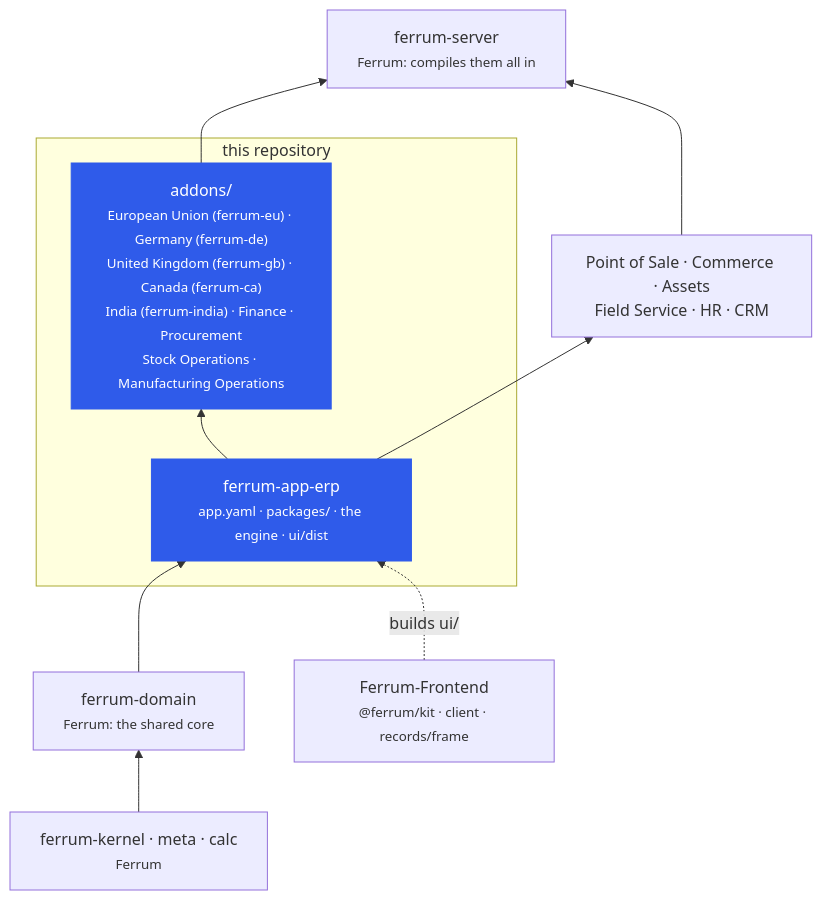
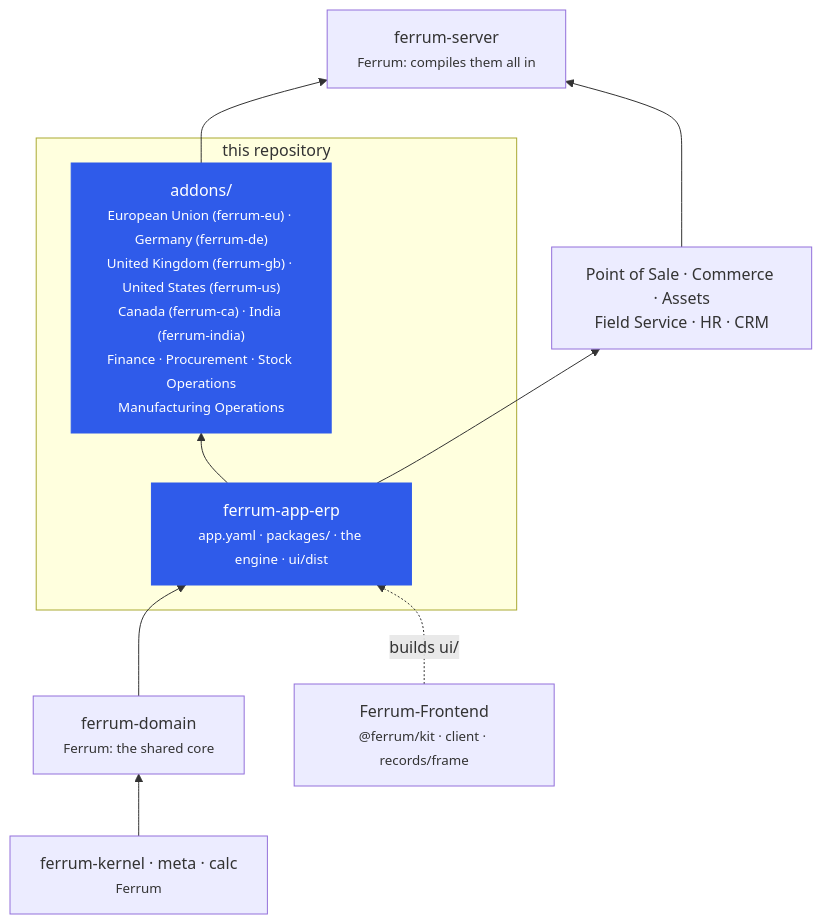
Before and after one commit to CBFerrum/ferrum-app-erp: the third of 3 diagrams in README.md, drawn with Mermaid. The commit also changed other lines of this file, not shown here.

Commit message:
README: the United States 0.1.0 (sales and use tax, exemption certificates, AvaTax, economic nexus, Forms 1099)

````diff
--- a/README.md
+++ b/README.md
@@ -184,20 +186,20 @@
 ```mermaid
 flowchart BT
     KER["ferrum-kernel · meta · calc<br/><small>Ferrum</small>"]
     CORE["ferrum-domain<br/><small>Ferrum: the shared core</small>"]
     subgraph REPO["this repository"]
         APP["ferrum-app-erp<br/><small>app.yaml · packages/ · the engine · ui/dist</small>"]
-        ADD["addons/<br/><small>European Union (ferrum-eu) · Germany (ferrum-de)<br/>United Kingdom (ferrum-gb) · Canada (ferrum-ca)<br/>India (ferrum-india) · Finance · Procurement<br/>Stock Operations · Manufacturing Operations</small>"]
+        ADD["addons/<br/><small>European Union (ferrum-eu) · Germany (ferrum-de)<br/>United Kingdom (ferrum-gb) · United States (ferrum-us)<br/>Canada (ferrum-ca) · India (ferrum-india)<br/>Finance · Procurement · Stock Operations<br/>Manufacturing Operations</small>"]
     end
     APPS["Point of Sale · Commerce · Assets<br/>Field Service · HR · CRM"]
     SRV["ferrum-server<br/><small>Ferrum: compiles them all in</small>"]
     FE["Ferrum-Frontend<br/><small>@ferrum/kit · client · records/frame</small>"]
     KER --> CORE --> APP
     APP --> ADD
     APP --> APPS
     ADD --> SRV
     APPS --> SRV
     FE -. builds ui/ .-> APP
     classDef erp fill:#2f5bea,color:#fff,stroke:#2f5bea
     class APP,ADD erp
 ```
````
